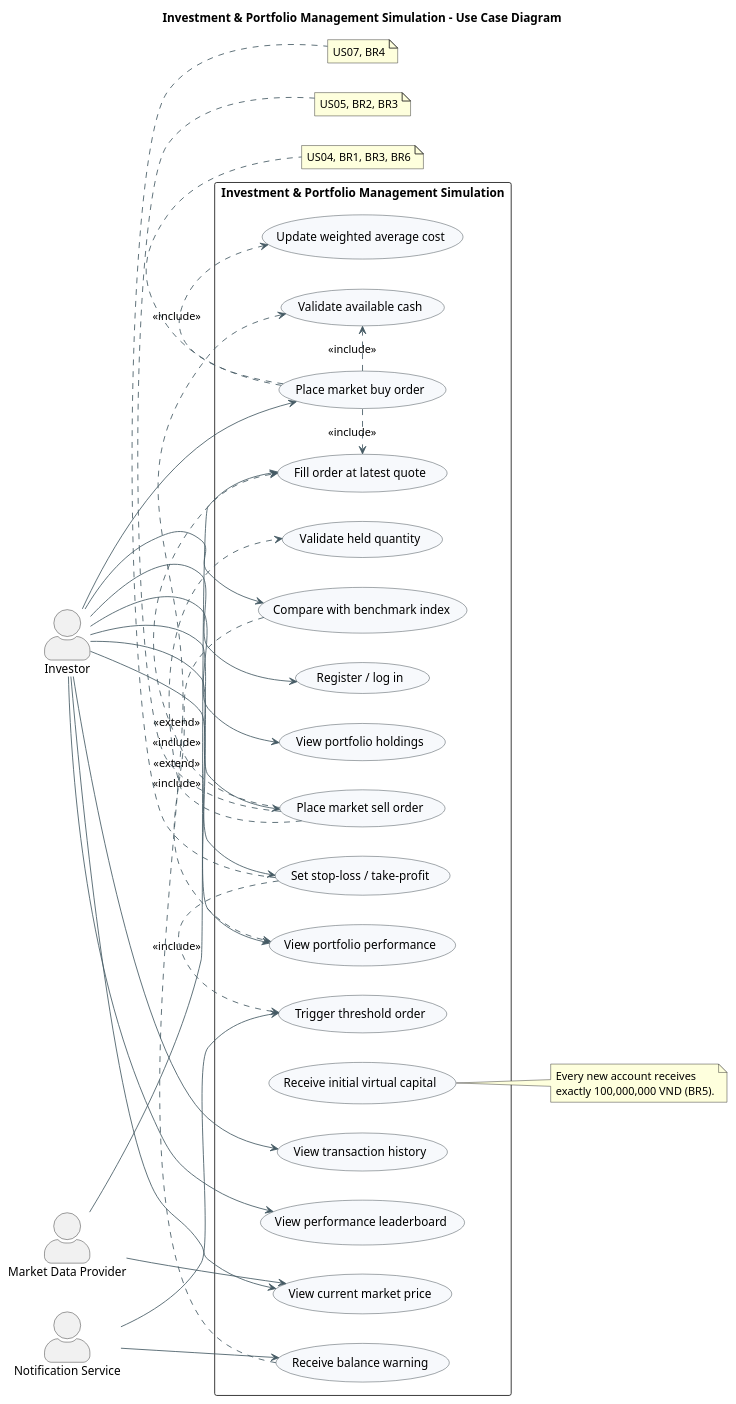
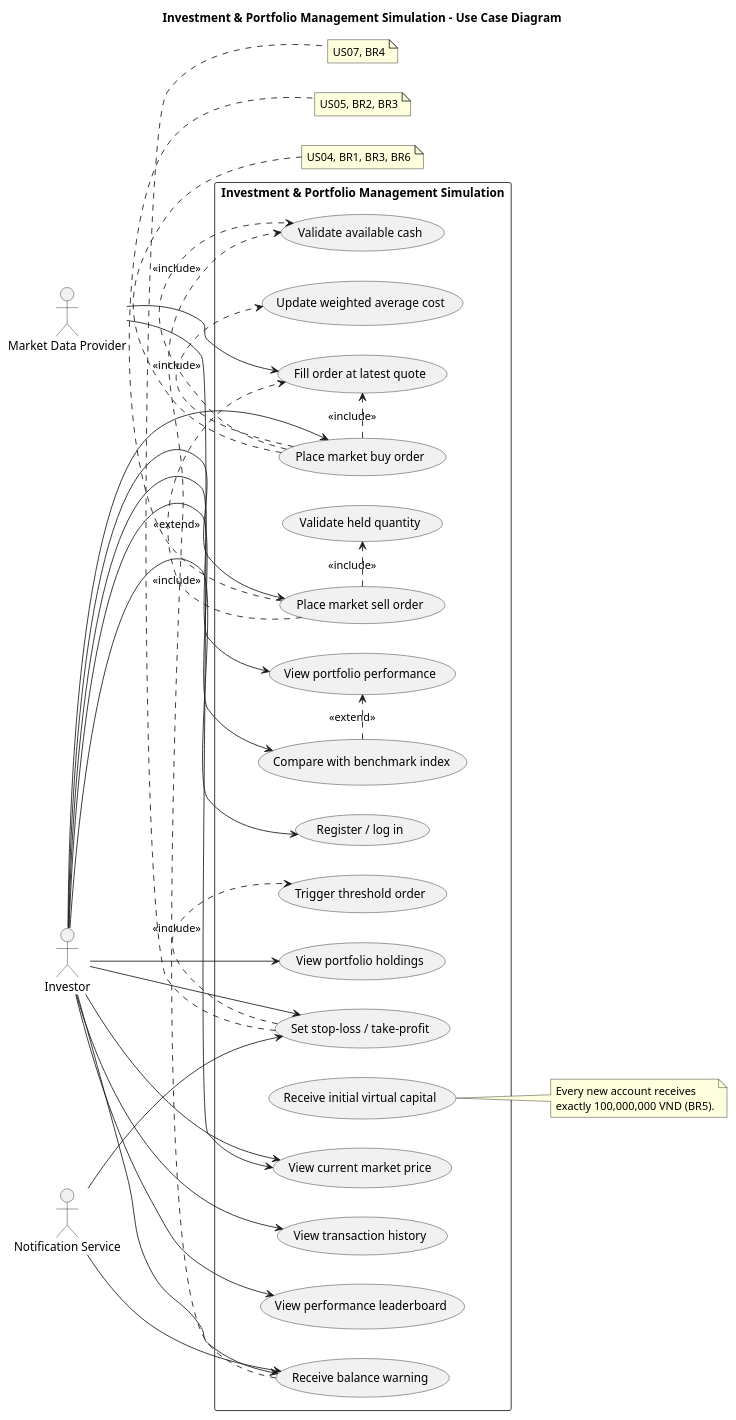
Before and after one commit to SE-FDA-NEU-AI66B/AI66B-Group-5-A4-Investment-and-Portfolio-Management-Simulation: the diagram in docs/diagrams/use-case-diagram.puml, drawn with PlantUML. The commit also changed 6 other files, not shown here.

First line of the commit message:
docs: keep only owned use-case diagram

```diff
--- a/docs/diagrams/use-case-diagram.puml
+++ b/docs/diagrams/use-case-diagram.puml
@@ -1,80 +1,75 @@
 @startuml
 ' Use Case Diagram - Investment & Portfolio Management Simulation
 left to right direction
 skinparam packageStyle rectangle
-skinparam actorStyle awesome
 skinparam shadowing false
-skinparam usecase {
-  BackgroundColor #F7F9FC
-  BorderColor #263238
-  ArrowColor #455A64
-}
 
 title Investment & Portfolio Management Simulation - Use Case Diagram
 
 actor Investor as investor
 actor "Market Data Provider" as market
 actor "Notification Service" as notify
 
 rectangle "Investment & Portfolio Management Simulation" {
   usecase "Register / log in" as UC01
   usecase "Receive initial virtual capital" as UC02
   usecase "View current market price" as UC03
   usecase "Place market buy order" as UC04
   usecase "Place market sell order" as UC05
   usecase "View portfolio holdings" as UC06
   usecase "Set stop-loss / take-profit" as UC07
   usecase "View transaction history" as UC08
   usecase "View portfolio performance" as UC09
+  usecase "Receive balance warning" as UC10
   usecase "Compare with benchmark index" as UC11
-  usecase "Receive balance warning" as UC10
   usecase "View performance leaderboard" as UC12
 
   usecase "Validate available cash" as ValidateCash
   usecase "Validate held quantity" as ValidateQuantity
   usecase "Fill order at latest quote" as FillOrder
   usecase "Update weighted average cost" as UpdateCost
   usecase "Trigger threshold order" as TriggerThreshold
 }
 
 investor --> UC01
 investor --> UC03
 investor --> UC04
 investor --> UC05
 investor --> UC06
 investor --> UC07
 investor --> UC08
 investor --> UC09
+investor --> UC10
 investor --> UC11
 investor --> UC12
 
 market --> UC03
 market --> FillOrder
-notify --> TriggerThreshold
+notify --> UC07
 notify --> UC10
 
 UC04 .> ValidateCash : <<include>>
 UC04 .> FillOrder : <<include>>
 UC04 .> UpdateCost : <<include>>
 UC05 .> ValidateQuantity : <<include>>
 UC05 .> FillOrder : <<include>>
 UC07 .> TriggerThreshold : <<include>>
 UC10 .> ValidateCash : <<extend>>
 UC11 .> UC09 : <<extend>>
 
 note right of UC02
   Every new account receives
   exactly 100,000,000 VND (BR5).
 end note
 
 note bottom of UC04
   US04, BR1, BR3, BR6
 end note
 note bottom of UC05
   US05, BR2, BR3
 end note
 note bottom of UC07
   US07, BR4
 end note
 
 @enduml
```
